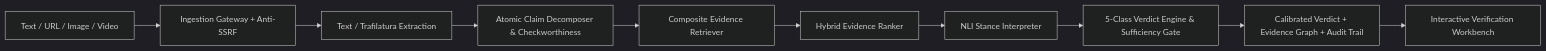
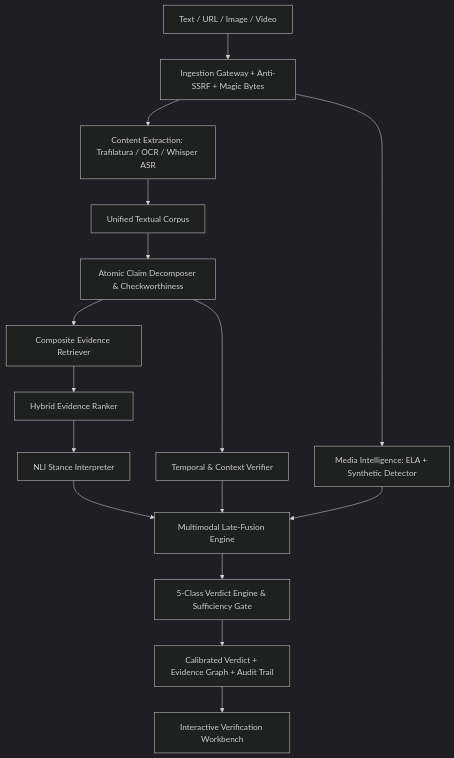
Before and after one commit to vkdevz/TruthLab_v2: the diagram in README.md, drawn with Mermaid (dark theme). The commit also changed other lines of this file and 33 other files, not shown here.

Commit message:
feat(phase2): complete multimodal and temporal intelligence pipeline

````diff
--- a/README.md
+++ b/README.md
@@ -39,12 +41,21 @@
 ```mermaid
-flowchart LR
-    User[Text / URL / Image / Video] --> Ingest[Ingestion Gateway + Anti-SSRF]
-    Ingest --> Normalizer[Text / Trafilatura Extraction]
-    Normalizer --> Claims[Atomic Claim Decomposer & Checkworthiness]
+flowchart TD
+    User[Text / URL / Image / Video] --> Ingest[Ingestion Gateway + Anti-SSRF + Magic Bytes]
+    Ingest --> Content[Content Extraction: Trafilatura / OCR / Whisper ASR]
+    Content --> Corpus[Unified Textual Corpus]
+    Corpus --> Claims[Atomic Claim Decomposer & Checkworthiness]
     Claims --> Retrieve[Composite Evidence Retriever]
     Retrieve --> Rank[Hybrid Evidence Ranker]
     Rank --> NLI[NLI Stance Interpreter]
-    NLI --> Verdict[5-Class Verdict Engine & Sufficiency Gate]
+    
+    Claims --> Temporal[Temporal & Context Verifier]
+    Ingest --> Forensics[Media Intelligence: ELA + Synthetic Detector]
+    
+    NLI --> Fusion[Multimodal Late-Fusion Engine]
+    Temporal --> Fusion
+    Forensics --> Fusion
+    
+    Fusion --> Verdict[5-Class Verdict Engine & Sufficiency Gate]
     Verdict --> Explain[Calibrated Verdict + Evidence Graph + Audit Trail]
     Explain --> UI[Interactive Verification Workbench]
 ```
````
